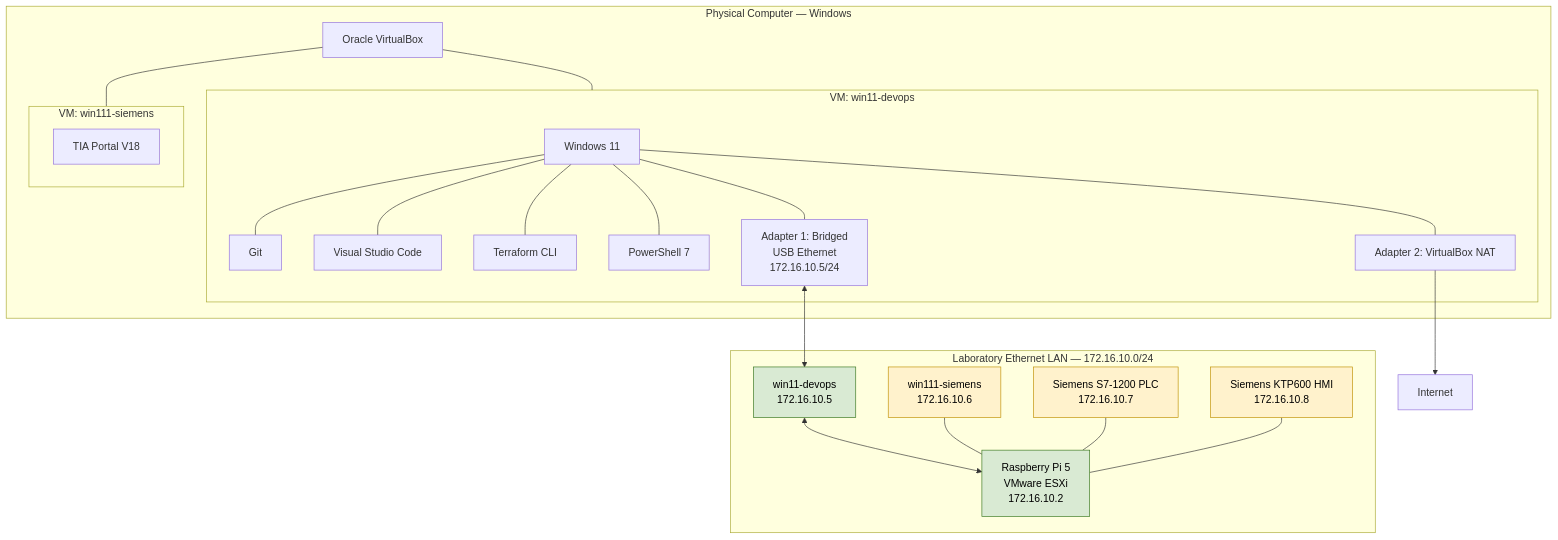
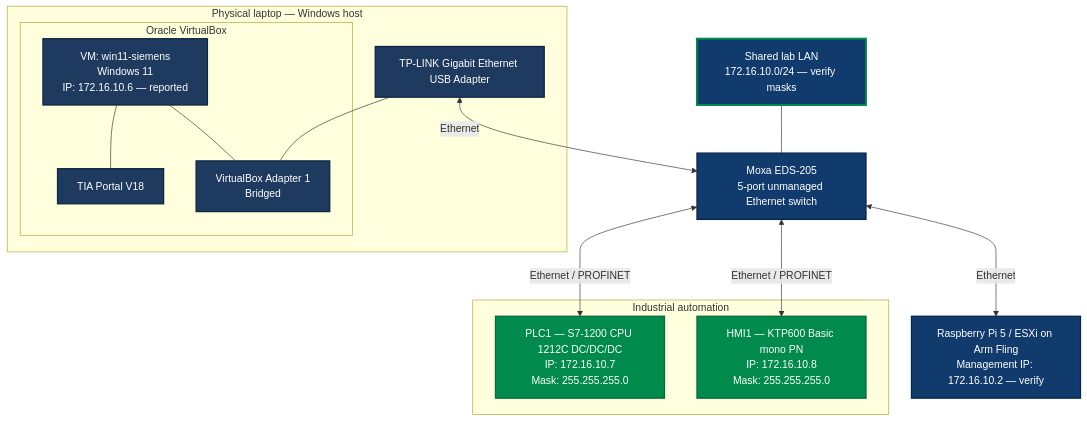
One commit to mrcgrs-j/industry-devops-lab changed the diagram in docs/02-network.md. Above: the diagram before and after it, drawn with Mermaid. The commit also changed other lines of this file, not shown here.

````diff
--- a/docs/02-network.md
+++ b/docs/02-network.md
@@ -20,53 +23,41 @@
 ```mermaid
 flowchart TB
-    subgraph HOST["Physical Computer — Windows"]
-        VB["Oracle VirtualBox"]
+    NET["Shared lab LAN<br/>172.16.10.0/24 — verify masks"]
 
-        subgraph DEVOPS["VM: win11-devops"]
-            OS["Windows 11"]
-            GIT["Git"]
-            VSC["Visual Studio Code"]
-            TF["Terraform CLI"]
-            PS["PowerShell 7"]
-
-            NIC1["Adapter 1: Bridged<br/>USB Ethernet<br/>172.16.10.5/24"]
-            NIC2["Adapter 2: VirtualBox NAT"]
-
-            OS --- GIT
-            OS --- VSC
-            OS --- TF
-            OS --- PS
-            OS --- NIC1
-            OS --- NIC2
+    subgraph LAPTOP["Physical laptop — Windows host"]
+        USB["TP-LINK Gigabit Ethernet USB Adapter"]
+        subgraph VBOX["Oracle VirtualBox"]
+            WIN11["VM: win11-siemens<br/>Windows 11<br/>IP: 172.16.10.6 — reported"]
+            TIA["TIA Portal V18"]
+            NIC["VirtualBox Adapter 1<br/>Bridged"]
+            WIN11 --- TIA
+            WIN11 --- NIC
         end
-
-        subgraph SIEMENS["VM: win111-siemens"]
-            TIA["TIA Portal V18"]
-        end
-
-        VB --- DEVOPS
-        VB --- SIEMENS
+        USB --- NIC
     end
 
-    subgraph LAN["Laboratory Ethernet LAN — 172.16.10.0/24"]
-        ESXI["Raspberry Pi 5<br/>VMware ESXi<br/>172.16.10.2"]
-        DEVOPS_IP["win11-devops<br/>172.16.10.5"]
-        SIEMENS_IP["win111-siemens<br/>172.16.10.6"]
-        PLC["Siemens S7-1200 PLC<br/>172.16.10.7"]
-        HMI["Siemens KTP600 HMI<br/>172.16.10.8"]
+    SW["Moxa EDS-205<br/>5-port unmanaged Ethernet switch"]
 
-        DEVOPS_IP <--> ESXI
-        SIEMENS_IP --- ESXI
-        PLC --- ESXI
-        HMI --- ESXI
+    subgraph AUTOMATION["Industrial automation"]
+        PLC["PLC1 — S7-1200 CPU 1212C DC/DC/DC<br/>IP: 172.16.10.7<br/>Mask: 255.255.255.0"]
+        HMI["HMI1 — KTP600 Basic mono PN<br/>IP: 172.16.10.8<br/>Mask: 255.255.255.0"]
     end
 
-    NIC1 <--> DEVOPS_IP
-    NIC2 --> INTERNET["Internet"]
+    ESXI["Raspberry Pi 5 / ESXi on Arm Fling<br/>Management IP: 172.16.10.2 — verify"]
 
-    classDef verified fill:#d9ead3,stroke:#38761d,color:#000;
-    classDef reported fill:#fff2cc,stroke:#bf9000,color:#000;
+    NET --- SW
+    USB <-->|Ethernet| SW
+    SW <-->|Ethernet / PROFINET| PLC
+    SW <-->|Ethernet / PROFINET| HMI
+    SW <-->|Ethernet| ESXI
 
-    class DEVOPS_IP,ESXI verified;
-    class SIEMENS_IP,PLC,HMI reported;
+    classDef siemens fill:#008A4B,stroke:#006B3C,color:#FFFFFF,stroke-width:2px;
+    classDef network fill:#123B6D,stroke:#08264A,color:#FFFFFF,stroke-width:2px;
+    classDef engineering fill:#1E3A5F,stroke:#102742,color:#FFFFFF,stroke-width:2px;
+    classDef subnet fill:#123B6D,stroke:#008A4B,color:#FFFFFF,stroke-width:3px;
+
+    class PLC,HMI siemens;
+    class SW,ESXI network;
+    class USB,WIN11,TIA,NIC engineering;
+    class NET subnet;
 ```
````
